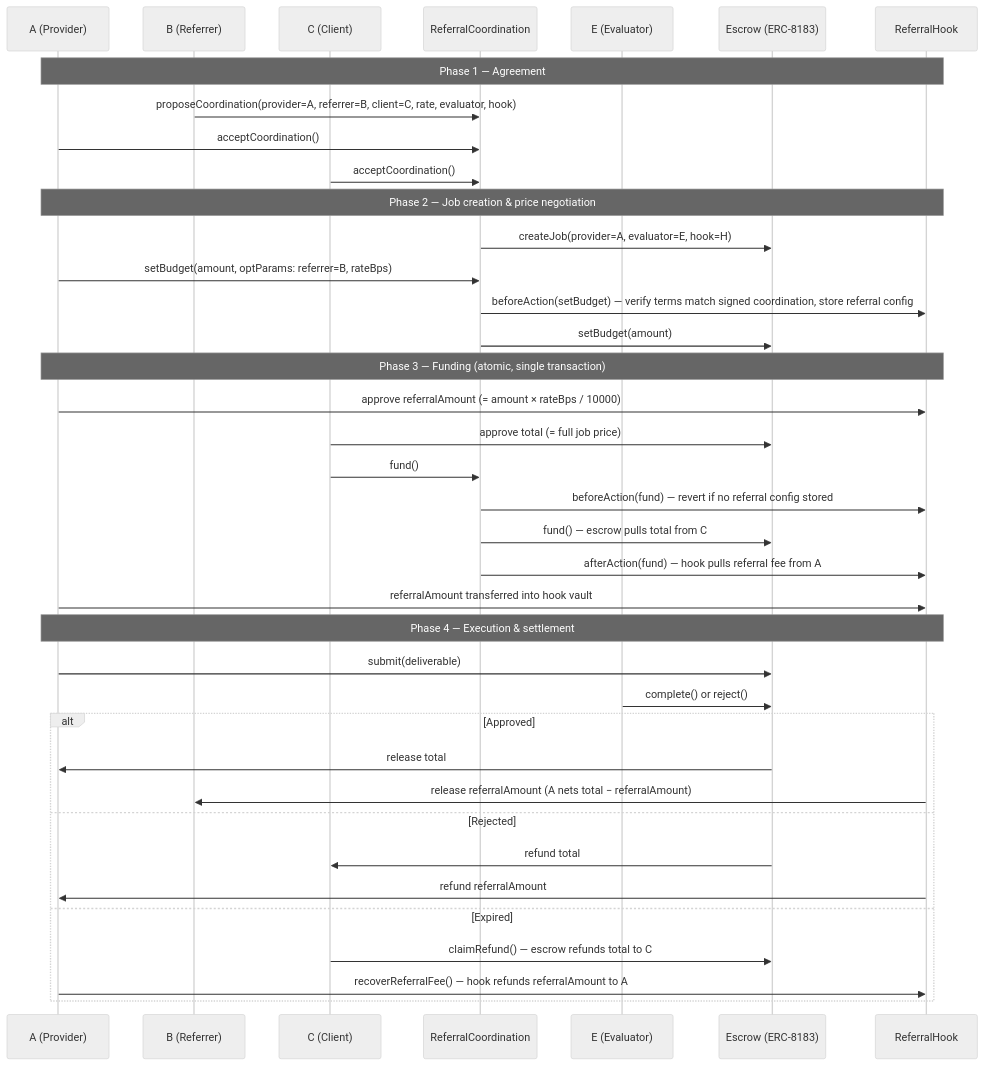
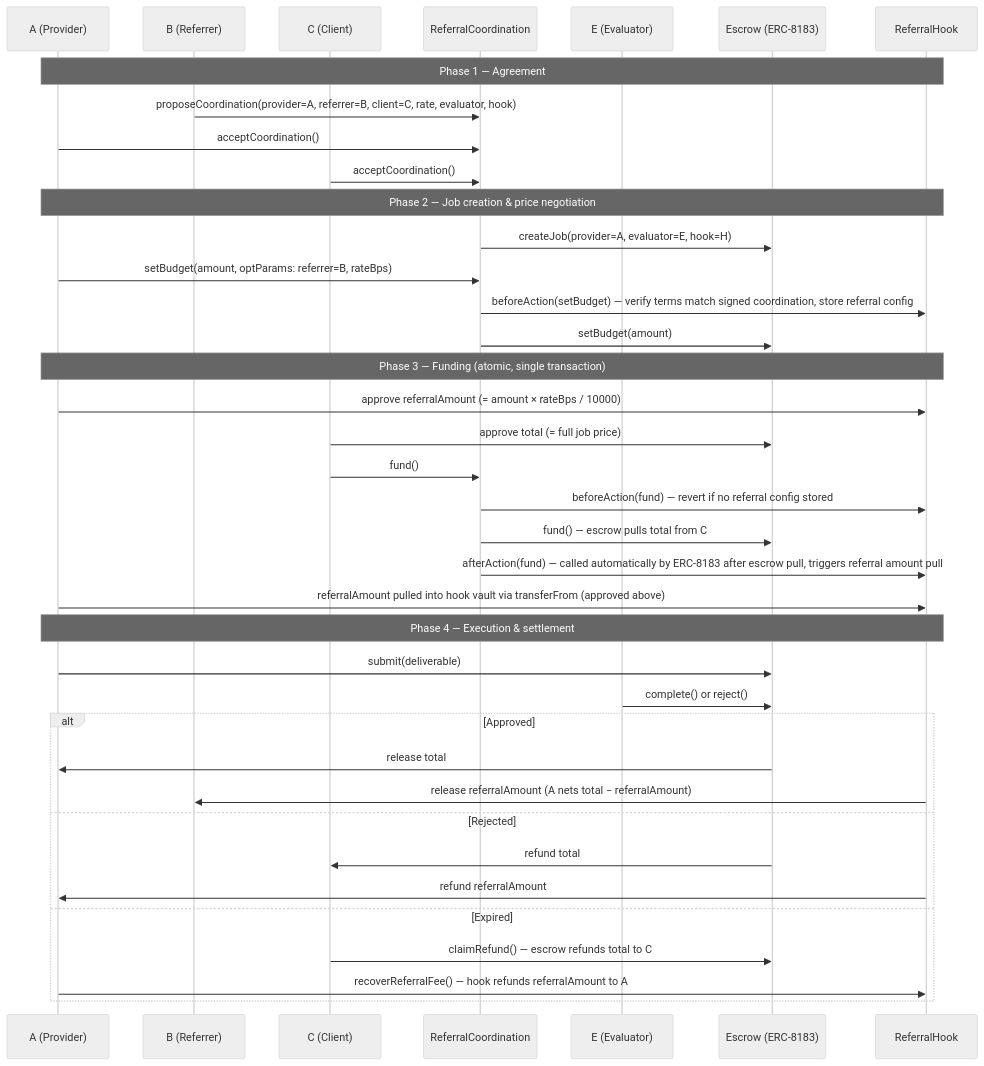
Before and after one commit to luca-nik/a2a-referral-erc: the diagram in README.md, drawn with Mermaid (neutral theme).

Commit message:
Clarify referralAmount pull references the approval step above

````diff
--- a/README.md
+++ b/README.md
@@ -57,49 +57,49 @@
 ```mermaid
 sequenceDiagram
     participant A as A (Provider)
     participant B as B (Referrer)
     participant C as C (Client)
     participant RC as ReferralCoordination
     participant E as E (Evaluator)
     participant ESC as Escrow (ERC-8183)
     participant H as ReferralHook
 
     note over A,H: Phase 1 — Agreement
 
     B->>RC: proposeCoordination(provider=A, referrer=B, client=C, rate, evaluator, hook)
     A->>RC: acceptCoordination()
     C->>RC: acceptCoordination()
 
     note over A,H: Phase 2 — Job creation & price negotiation
 
     RC->>ESC: createJob(provider=A, evaluator=E, hook=H)
     A->>RC: setBudget(amount, optParams: referrer=B, rateBps)
     RC->>H: beforeAction(setBudget) — verify terms match signed coordination, store referral config
     RC->>ESC: setBudget(amount)
 
     note over A,H: Phase 3 — Funding (atomic, single transaction)
 
     A->>H: approve referralAmount (= amount × rateBps / 10000)
     C->>ESC: approve total (= full job price)
     C->>RC: fund()
     RC->>H: beforeAction(fund) — revert if no referral config stored
     RC->>ESC: fund() — escrow pulls total from C
-    RC->>H: afterAction(fund) — hook pulls referral fee from A
-    A->>H: referralAmount transferred into hook vault
+    RC->>H: afterAction(fund) — called automatically by ERC-8183 after escrow pull, triggers referral amount pull
+    A->>H: referralAmount pulled into hook vault via transferFrom (approved above)
 
     note over A,H: Phase 4 — Execution & settlement
 
     A->>ESC: submit(deliverable)
     E->>ESC: complete() or reject()
 
     alt Approved
         ESC->>A: release total
         H->>B: release referralAmount (A nets total − referralAmount)
     else Rejected
         ESC->>C: refund total
         H->>A: refund referralAmount
     else Expired
         C->>ESC: claimRefund() — escrow refunds total to C
         A->>H: recoverReferralFee() — hook refunds referralAmount to A
     end
 ```
````
